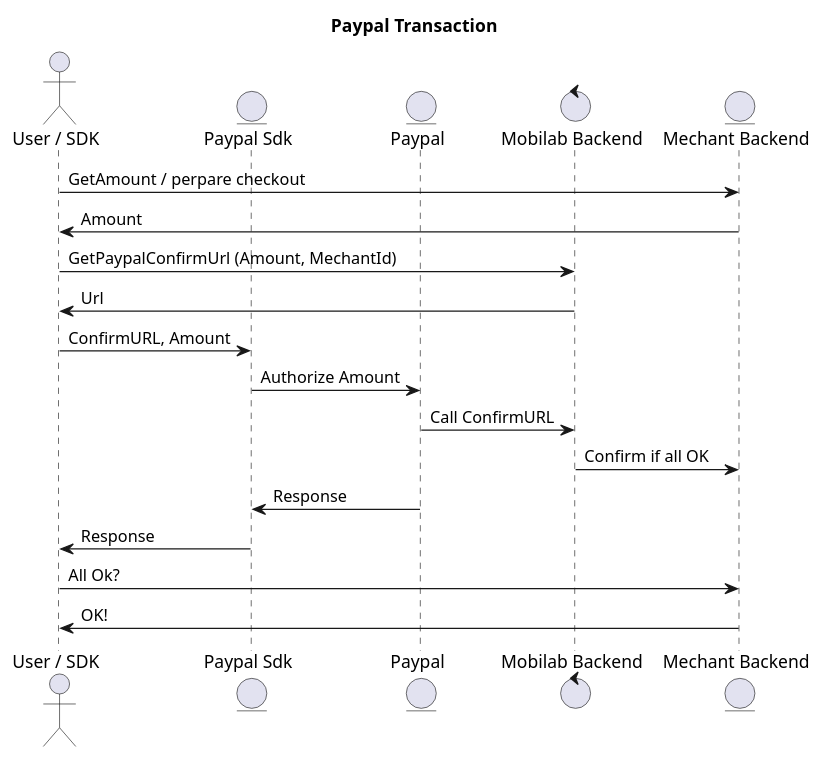
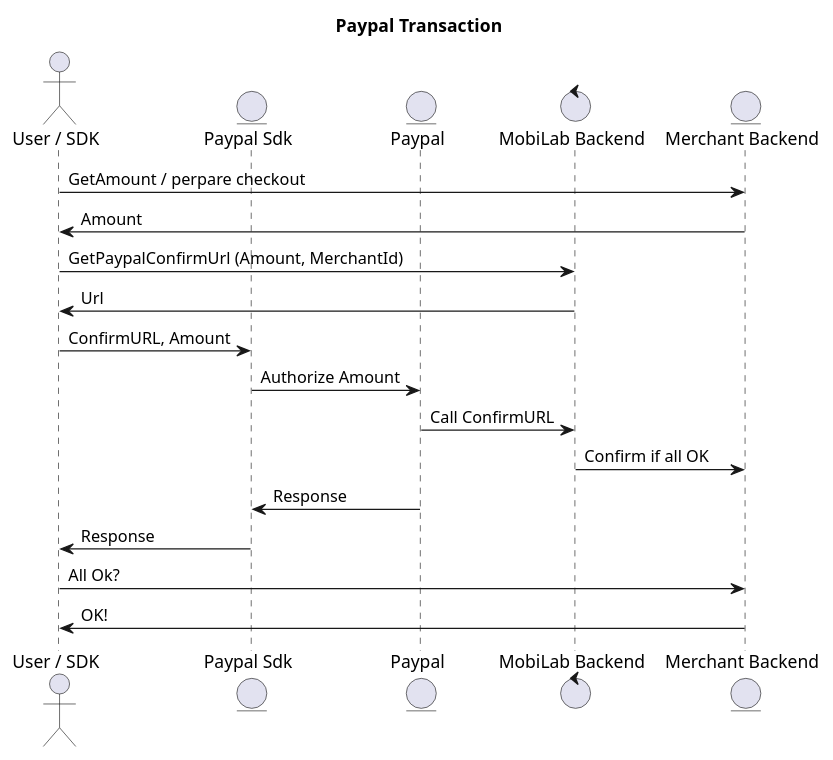
Before and after one commit to mobilabsolutions/stash-sdk-wiki: the diagram in diagrams/paypal.wsd, drawn with PlantUML. The commit also changed 13 other files, not shown here.

```diff
--- a/diagrams/paypal.wsd
+++ b/diagrams/paypal.wsd
@@ -1,23 +1,23 @@
 @startuml
 
 title "Paypal Transaction"
 
 actor "User / SDK" as User
 entity "Paypal Sdk" as PAS
 entity "Paypal" as PAB
-control "Mobilab Backend" as MBE
-entity "Mechant Backend" as MEC
+control "MobiLab Backend" as MBE
+entity "Merchant Backend" as MEC
 
 User -> MEC: GetAmount / perpare checkout
 MEC -> User: Amount
-User -> MBE: GetPaypalConfirmUrl (Amount, MechantId)
+User -> MBE: GetPaypalConfirmUrl (Amount, MerchantId)
 MBE -> User: Url
 User -> PAS: ConfirmURL, Amount
 PAS -> PAB: Authorize Amount
 PAB -> MBE: Call ConfirmURL
 MBE -> MEC: Confirm if all OK 
 PAB -> PAS: Response
 PAS -> User: Response
 User -> MEC: All Ok?
 MEC -> User: OK!
 @enduml
```
